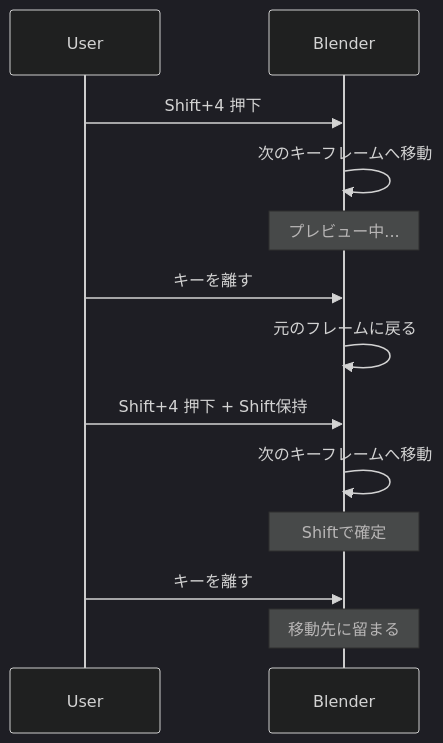
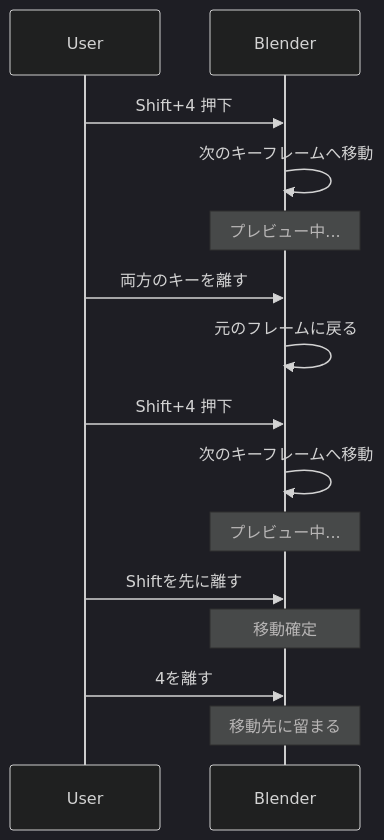
The diagram in docs/USER_GUIDE_JA.md (Pluglug/graph_monkey), drawn with Mermaid (dark theme) before and after one commit. The commit also changed other lines of this file and 2 other files, not shown here.

First line of the commit message:
feat: Update Japanese User Guide with new WASD navigation images and enhanced descriptions

````diff
--- a/docs/USER_GUIDE_JA.md
+++ b/docs/USER_GUIDE_JA.md
@@ -251,17 +221,19 @@
 ```mermaid
 sequenceDiagram
     participant User
     participant Blender
 
     User->>Blender: Shift+4 押下
     Blender->>Blender: 次のキーフレームへ移動
     Note over Blender: プレビュー中...
-    User->>Blender: キーを離す
+    User->>Blender: 両方のキーを離す
     Blender->>Blender: 元のフレームに戻る
 
-    User->>Blender: Shift+4 押下 + Shift保持
+    User->>Blender: Shift+4 押下
     Blender->>Blender: 次のキーフレームへ移動
-    Note over Blender: Shiftで確定
-    User->>Blender: キーを離す
+    Note over Blender: プレビュー中...
+    User->>Blender: Shiftを先に離す
+    Note over Blender: 移動確定
+    User->>Blender: 4を離す
     Note over Blender: 移動先に留まる
 ```
````
